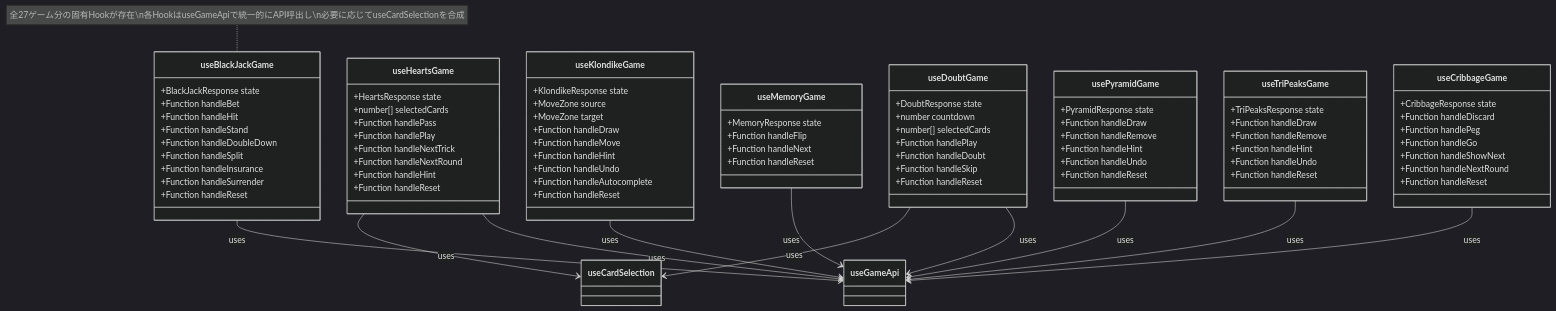
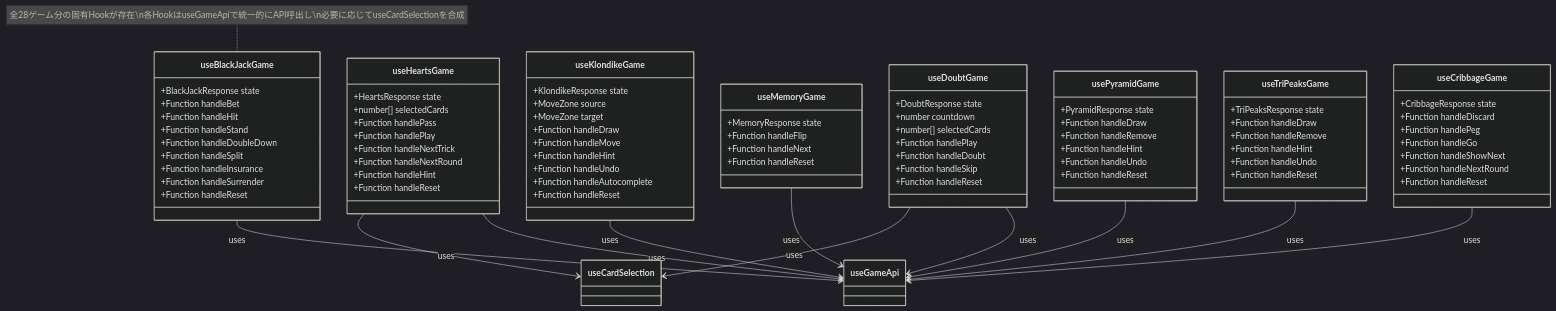
One commit to yuta-yoshinaga/go_trumpcards changed the fifth of 19 diagrams in docs/design/frontend.md. Above: the diagram before and after it, drawn with Mermaid (dark theme). The commit also changed other lines of this file and 54 other files, not shown here.

First line of the commit message:
feat: add Three Card Poker game

````diff
--- a/docs/design/frontend.md
+++ b/docs/design/frontend.md
@@ -602,5 +603,5 @@
     useDoubtGame --> useGameApi : uses
     useDoubtGame --> useCardSelection : uses
 
-    note for useBlackJackGame "全27ゲーム分の固有Hookが存在\n各HookはuseGameApiで統一的にAPI呼出し\n必要に応じてuseCardSelectionを合成"
+    note for useBlackJackGame "全28ゲーム分の固有Hookが存在\n各HookはuseGameApiで統一的にAPI呼出し\n必要に応じてuseCardSelectionを合成"
 ```
````
